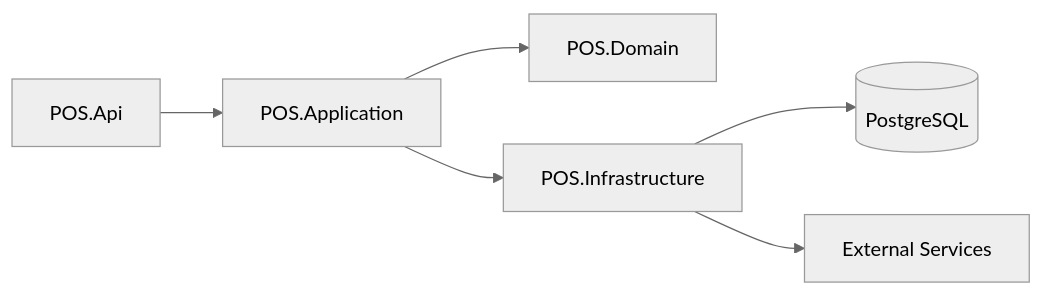
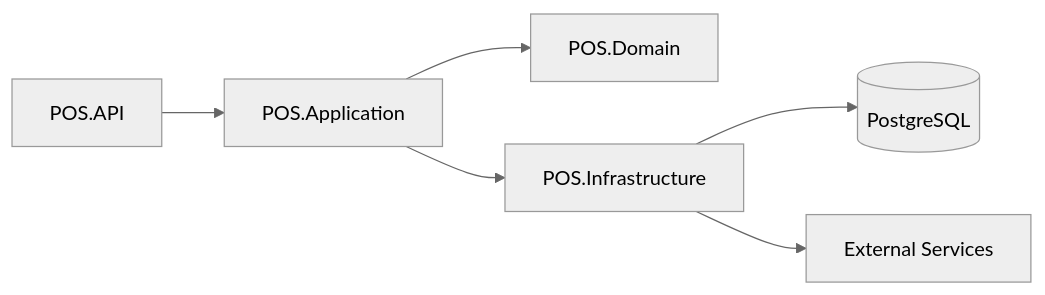
One commit to rowsas14/Unified_Commerce changed the diagram in 02-architecture/backend-architecture.md. Above: the diagram before and after it, drawn with Mermaid (neutral theme). The commit also changed other lines of this file and 3 other files, not shown here.

````diff
--- a/02-architecture/backend-architecture.md
+++ b/02-architecture/backend-architecture.md
@@ -50,8 +53,8 @@
 ```mermaid
 flowchart LR
-    Api[POS.Api] --> Application[POS.Application]
+    Api[POS.API] --> Application[POS.Application]
     Application --> Domain[POS.Domain]
     Application --> Infrastructure[POS.Infrastructure]
     Infrastructure --> Database[(PostgreSQL)]
     Infrastructure --> External[External Services]
 ```
````
